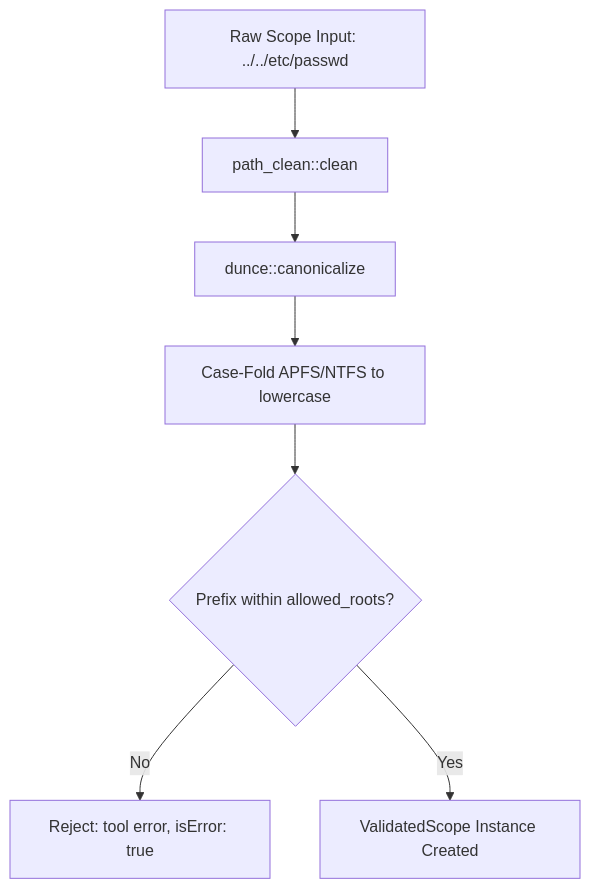
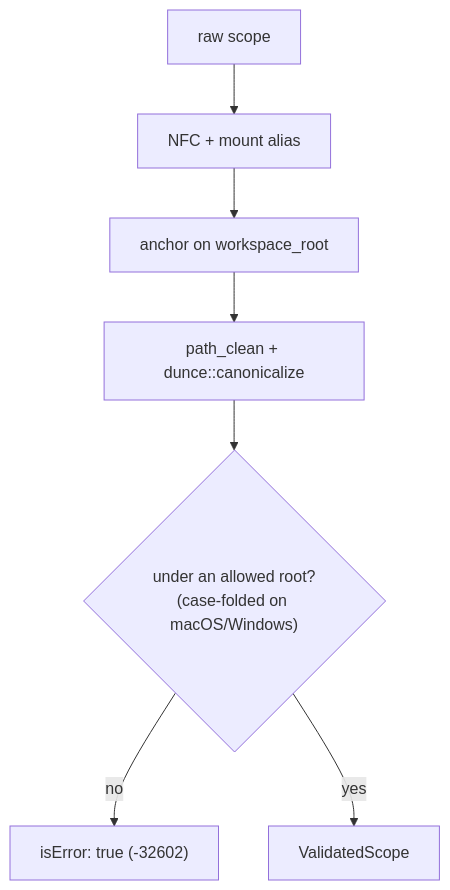
One commit to VictorAgahi/causalmesh changed the third of 3 diagrams in docs/architecture.md. Above: the diagram before and after it, drawn with Mermaid. The commit also changed other lines of this file and 22 other files, not shown here.

````diff
--- a/docs/architecture.md
+++ b/docs/architecture.md
@@ -136,9 +137,9 @@
 ```mermaid
 graph TD
-    RawPath["Raw Scope Input: ../../etc/passwd"] --> Clean["path_clean::clean"]
-    Clean --> Dunce["dunce::canonicalize"]
-    Dunce --> Fold["Case-Fold APFS/NTFS to lowercase"]
-    Fold --> Check{"Prefix within allowed_roots?"}
-    Check -->|No| Err["Reject: tool error, isError: true"]
-    Check -->|Yes| Valid["ValidatedScope Instance Created"]
+    Raw["raw scope"] --> NFC["NFC + mount alias"]
+    NFC --> Anchor["anchor on workspace_root"]
+    Anchor --> Clean["path_clean + dunce::canonicalize"]
+    Clean --> Check{"under an allowed root?<br/>(case-folded on macOS/Windows)"}
+    Check -->|no| Err["isError: true (-32602)"]
+    Check -->|yes| Valid["ValidatedScope"]
 ```
````
